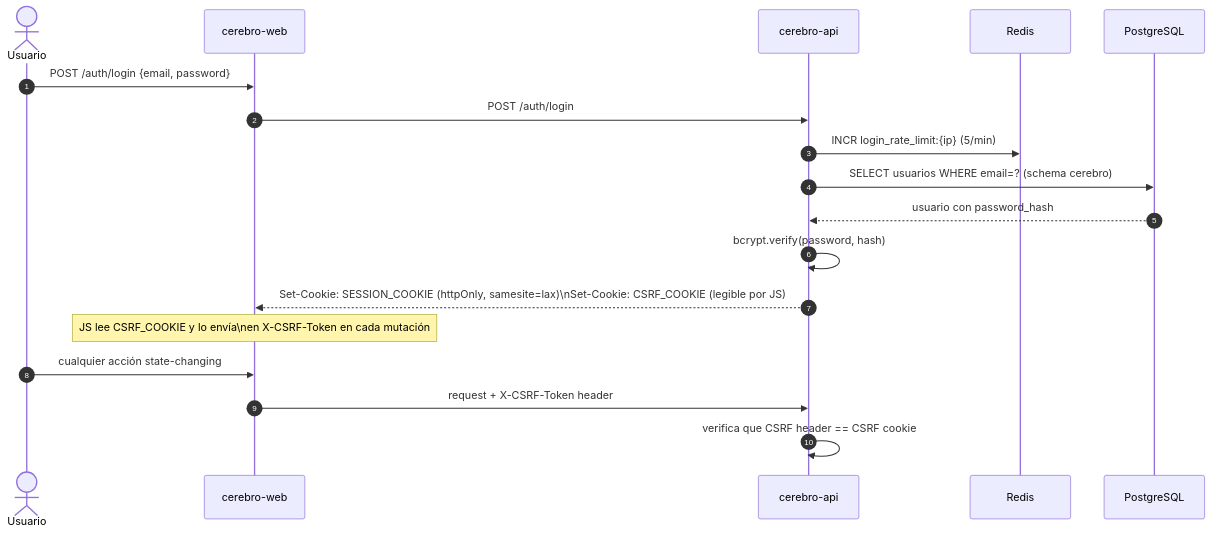
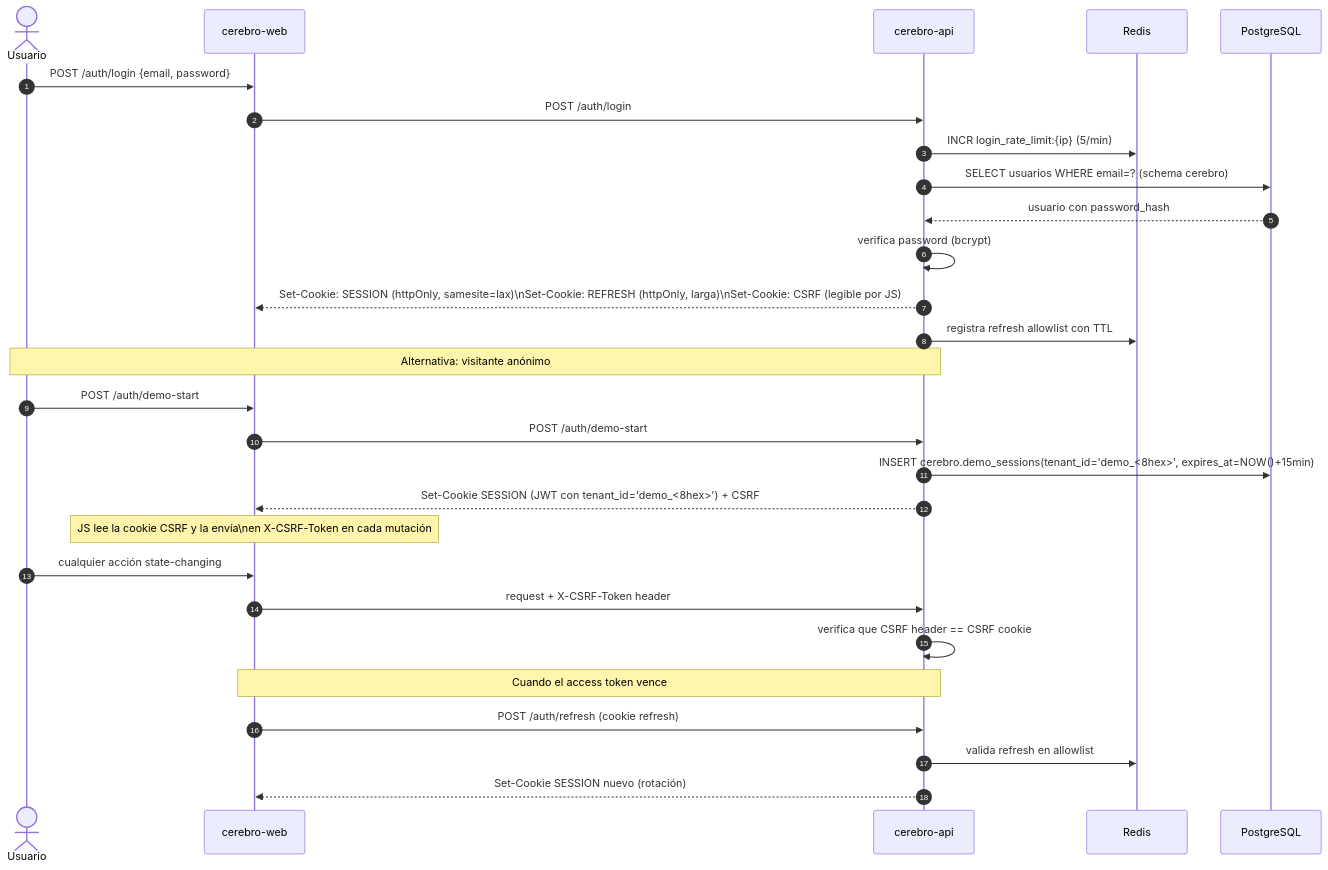
The fourth of 6 diagrams in docs/src/4-arquitectura.md (sylfG/linkanvil), drawn with Mermaid before and after one commit. The commit also changed other lines of this file and 11 other files, not shown here.

````diff
--- a/docs/src/4-arquitectura.md
+++ b/docs/src/4-arquitectura.md
@@ -212,21 +222,34 @@
 ```mermaid
 sequenceDiagram
     autonumber
     actor U as Usuario
     participant WB as cerebro-web
     participant AP as cerebro-api
     participant RD as Redis
     participant PG as PostgreSQL
 
     U->>WB: POST /auth/login {email, password}
     WB->>AP: POST /auth/login
     AP->>RD: INCR login_rate_limit:{ip} (5/min)
     AP->>PG: SELECT usuarios WHERE email=? (schema cerebro)
     PG-->>AP: usuario con password_hash
-    AP->>AP: bcrypt.verify(password, hash)
-    AP-->>WB: Set-Cookie: SESSION_COOKIE (httpOnly, samesite=lax)\nSet-Cookie: CSRF_COOKIE (legible por JS)
-    Note over WB: JS lee CSRF_COOKIE y lo envía\nen X-CSRF-Token en cada mutación
+    AP->>AP: verifica password (bcrypt)
+    AP-->>WB: Set-Cookie: SESSION (httpOnly, samesite=lax)\nSet-Cookie: REFRESH (httpOnly, larga)\nSet-Cookie: CSRF (legible por JS)
+    AP->>RD: registra refresh allowlist con TTL
+
+    Note over U,AP: Alternativa: visitante anónimo
+    U->>WB: POST /auth/demo-start
+    WB->>AP: POST /auth/demo-start
+    AP->>PG: INSERT cerebro.demo_sessions(tenant_id='demo_<8hex>', expires_at=NOW()+15min)
+    AP-->>WB: Set-Cookie SESSION (JWT con tenant_id='demo_<8hex>') + CSRF
+
+    Note over WB: JS lee la cookie CSRF y la envía\nen X-CSRF-Token en cada mutación
     U->>WB: cualquier acción state-changing
     WB->>AP: request + X-CSRF-Token header
     AP->>AP: verifica que CSRF header == CSRF cookie
+
+    Note over WB,AP: Cuando el access token vence
+    WB->>AP: POST /auth/refresh (cookie refresh)
+    AP->>RD: valida refresh en allowlist
+    AP-->>WB: Set-Cookie SESSION nuevo (rotación)
 ```
````
